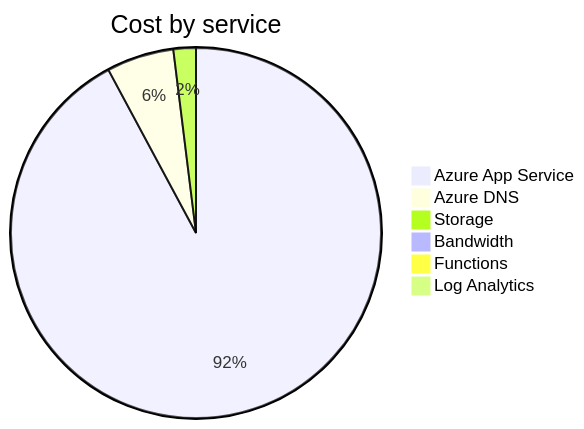
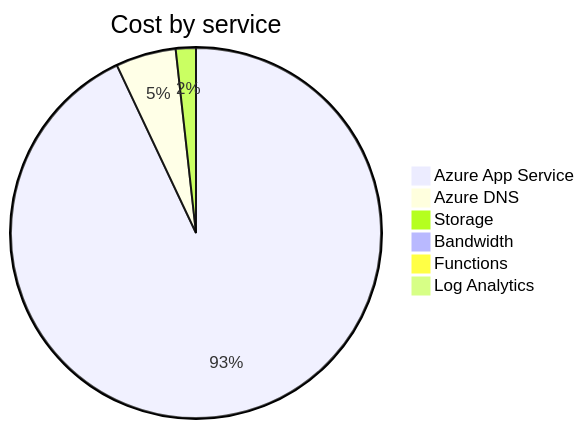
Before and after one commit to jpfulton/azure-personal-reports: the second of 4 diagrams in cost-reports/accumulated-cost.md, drawn with Mermaid. The commit also changed other lines of this file and 4 other files, not shown here.

````diff
--- a/cost-reports/accumulated-cost.md
+++ b/cost-reports/accumulated-cost.md
@@ -100,10 +100,10 @@
 ```mermaid
 pie
    title Cost by service
-   "Azure App Service" : 0.47
-   "Azure DNS" : 0.03
-   "Storage" : 0.01
+   "Azure App Service" : 1.06
+   "Azure DNS" : 0.06
+   "Storage" : 0.02
    "Bandwidth" : 0.00
    "Functions" : 0.00
    "Log Analytics" : 0.00
 ```
````
